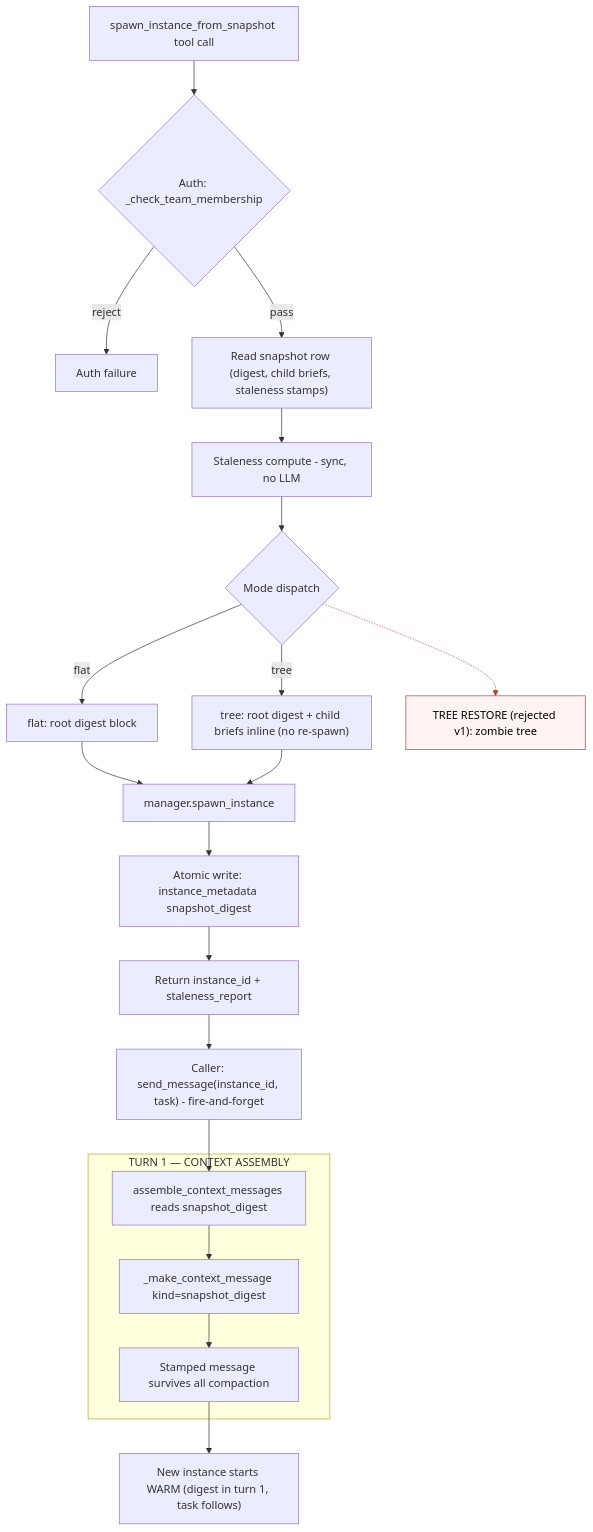
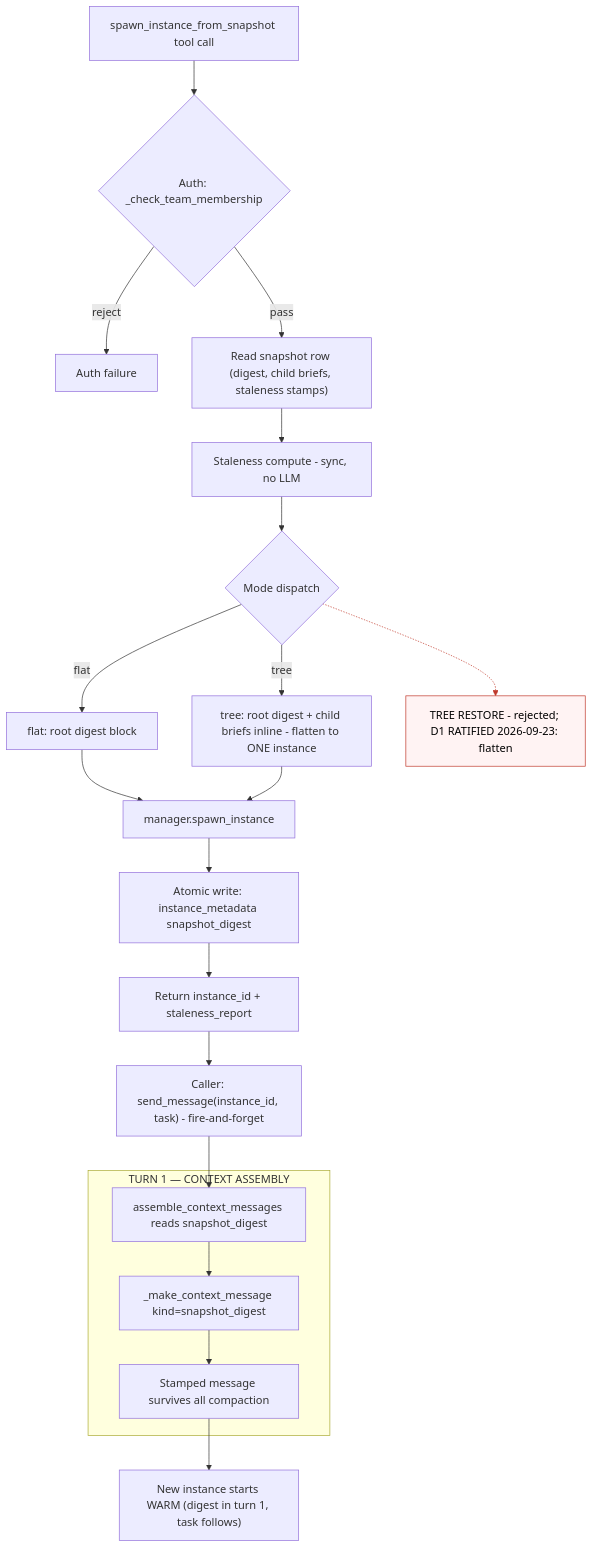
The third of 3 diagrams in .agents/shared/planning/agent-snapshot/design-exploration.md (disillusioners/ensemble), drawn with Mermaid before and after one commit. The commit also changed other lines of this file, not shown here.

Commit message:
docs(plan): agent-snapshot Rev 3+4 — D1/D2/D6 ratified, goal check D2-D8, constraint audit (job system untouched)

````diff
--- a/.agents/shared/planning/agent-snapshot/design-exploration.md
+++ b/.agents/shared/planning/agent-snapshot/design-exploration.md
@@ -307,59 +312,59 @@
 ```mermaid
 flowchart TD
     %% Entry — spawn_instance_from_snapshot(snapshot_id, mode, agent_id, task)
     C1["spawn_instance_from_snapshot tool call"]
     %% tools/instance.py:663
     A1{"Auth: _check_team_membership"}
     X1["Auth failure"]
     R1["Read snapshot row (digest, child briefs, staleness stamps)"]
-    %% age_days + runtime version compare (default) / git HEAD compare (opt-in verify=git) — no LLM
+    %% age_days + runtime version + post-capture-advance (default) / git HEAD compare (opt-in verify=git) — no LLM
     S1["Staleness compute - sync, no LLM"]
     M1{"Mode dispatch"}
     F1["flat: root digest block"]
-    %% children NOT re-spawned — briefs inline only
-    TR1["tree: root digest + child briefs inline (no re-spawn)"]
-    %% manager.py:6870
+    %% children flattened to briefs — NEVER re-spawned (D1 ratified 2026-09-23)
+    TR1["tree: root digest + child briefs inline - flatten to ONE instance"]
+    %% manager.py:6870 — existing spawn lane, unchanged (D1 hard requirement)
     SP1["manager.spawn_instance"]
     %% manager.py:3774 set_metadata_many
     AW1["Atomic write: instance_metadata snapshot_digest"]
     RET1["Return instance_id + staleness_report"]
     %% workflow.md:660-681
     SM1["Caller: send_message(instance_id, task) - fire-and-forget"]
     %% context_messages.py:1589
     AC["assemble_context_messages reads snapshot_digest"]
-    %% stable id snapshot_digest:{iid} — escape FIRST, then 12k cap post-escape
+    %% stable id snapshot_digest:{iid} — escape FIRST, then ~25k-token hard ceiling (D6)
     MC["_make_context_message kind=snapshot_digest"]
     %% compaction.py:108-152 hoisted bucket — verified all five mutation paths
     SC["Stamped message survives all compaction"]
     W1["New instance starts WARM (digest in turn 1, task follows)"]
     %% tools/instance.py:686 — no task, watcher never registers, parent gate never flips
-    RJ["TREE RESTORE (rejected v1): zombie tree"]
+    RJ["TREE RESTORE - rejected; D1 RATIFIED 2026-09-23: flatten"]
 
     subgraph TURN1["TURN 1 — CONTEXT ASSEMBLY"]
         AC
         MC
         SC
     end
 
     C1 --> A1
     A1 -->|"pass"| R1
     A1 -->|"reject"| X1
     R1 --> S1
     S1 --> M1
     M1 -->|"flat"| F1
     M1 -->|"tree"| TR1
     F1 --> SP1
     TR1 --> SP1
     SP1 --> AW1
     AW1 --> RET1
     RET1 --> SM1
     SM1 --> AC
     AC --> MC
     MC --> SC
     SC --> W1
     M1 -.-> RJ
 
     linkStyle 16 stroke:#c0392b
     classDef rejected fill:#fff3f3,stroke:#c0392b,color:#000000
     class RJ rejected
 ```
````
